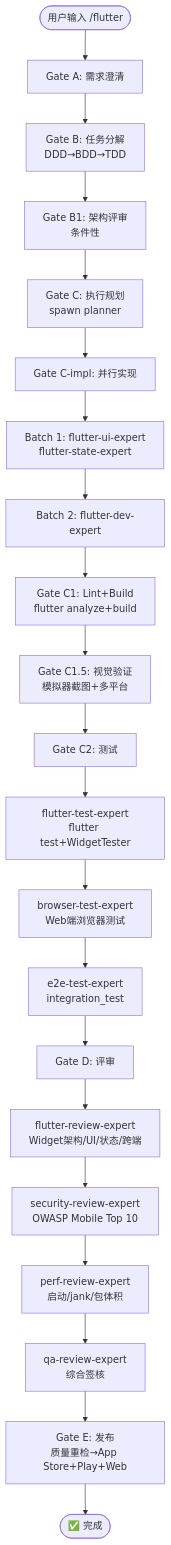
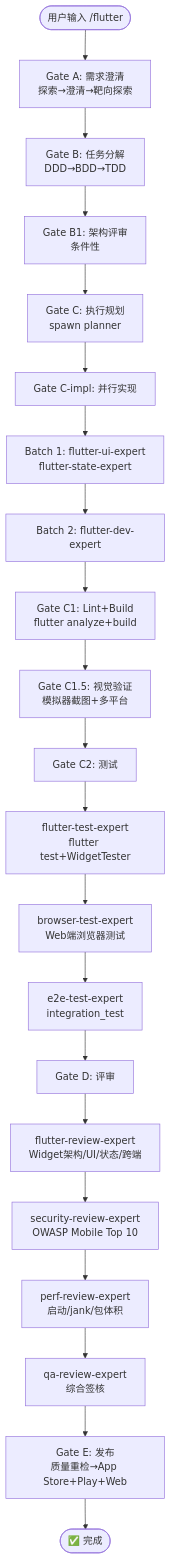
The diagram in docs/flows/flutter.md (Wjl1224734792/Jarvis-Agent-Factory), drawn with Mermaid before and after one commit. The commit also changed 39 other files, not shown here.

````diff
--- a/docs/flows/flutter.md
+++ b/docs/flows/flutter.md
@@ -32,23 +32,23 @@
 ```mermaid
 flowchart TD
-    START([用户输入 /flutter]) --> A[Gate A: 需求澄清]
+    START([用户输入 /flutter]) --> A[Gate A: 需求澄清<br/>探索→澄清→靶向探索]
     A --> B[Gate B: 任务分解<br/>DDD→BDD→TDD]
     B --> B1[Gate B1: 架构评审<br/>条件性]
     B1 --> C[Gate C: 执行规划<br/>spawn planner]
     C --> CI[Gate C-impl: 并行实现]
     CI --> CI1[Batch 1: flutter-ui-expert<br/>flutter-state-expert]
     CI1 --> CI2[Batch 2: flutter-dev-expert]
     CI2 --> C1[Gate C1: Lint+Build<br/>flutter analyze+build]
     C1 --> C15[Gate C1.5: 视觉验证<br/>模拟器截图+多平台]
     C15 --> C2[Gate C2: 测试]
     C2 --> C2A[flutter-test-expert<br/>flutter test+WidgetTester]
     C2A --> C2B[browser-test-expert<br/>Web端浏览器测试]
     C2B --> C2C[e2e-test-expert<br/>integration_test]
     C2C --> D[Gate D: 评审]
     D --> D1[flutter-review-expert<br/>Widget架构/UI/状态/跨端]
     D1 --> D2[security-review-expert<br/>OWASP Mobile Top 10]
     D2 --> D3[perf-review-expert<br/>启动/jank/包体积]
     D3 --> D4[qa-review-expert<br/>综合签核]
     D4 --> E[Gate E: 发布<br/>质量重检→App Store+Play+Web]
     E --> DONE([✅ 完成])
 ```
````
